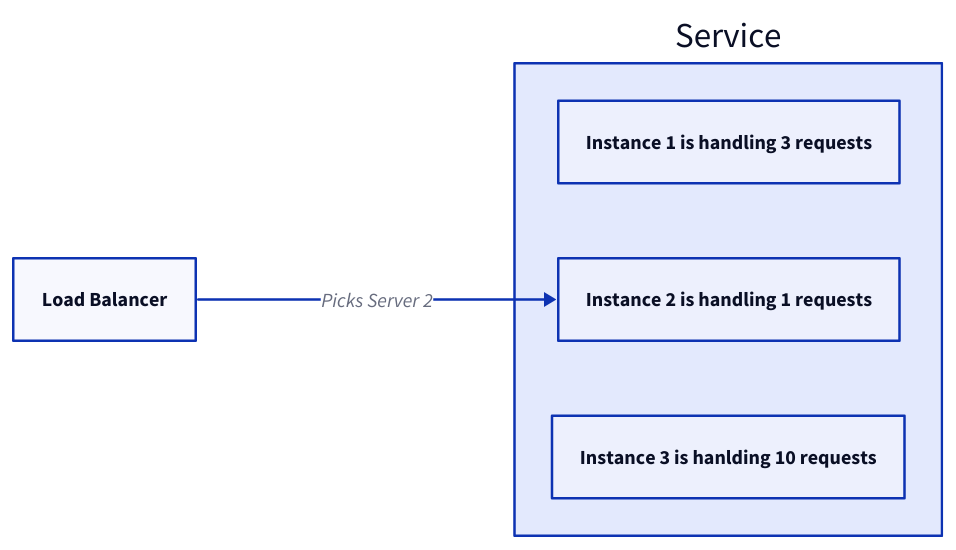
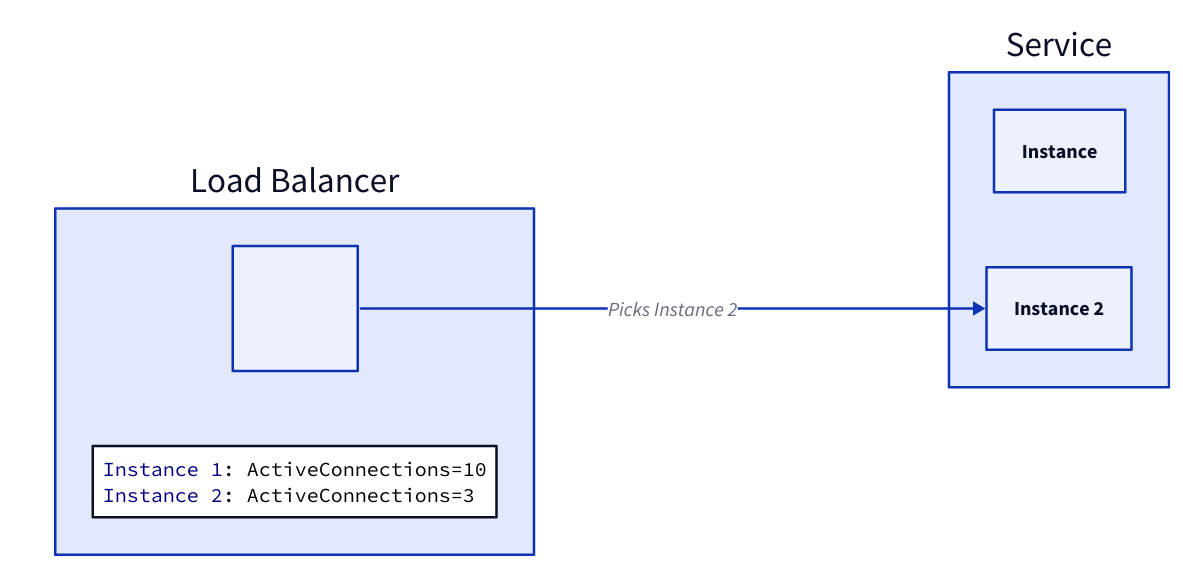
One commit to link1905/system-design-101 changed the eighth of 20 diagrams in content/docs/web-service/load-balancer.md. Above: the diagram before and after it, drawn with D2. The commit also changed other lines of this file and 14 other files, not shown here.

````diff
--- a/content/docs/web-service/load-balancer.md
+++ b/content/docs/web-service/load-balancer.md
@@ -235,19 +269,22 @@
 ```d2
 
 direction: right
 s: Service {
-    s1: Instance 1 is handling 3 requests {
+    s1: Instance {
         class: server
     }
-    s2: Instance 2 is handling 1 requests {
-        class: server
-    }
-    s3: Instance 3 is hanlding 10 requests {
+    s2: Instance 2 {
         class: server
     }
 }
 lb: Load Balancer {
+  lb: "" {
     class: lb
+  }
+  r: |||yaml
+  Instance 1: ActiveConnections=10
+  Instance 2: ActiveConnections=3
+  |||
 }
-lb -> s.s2: Picks Server 2 
+lb.lb -> s.s2: Picks Instance 2 
 ```
````
